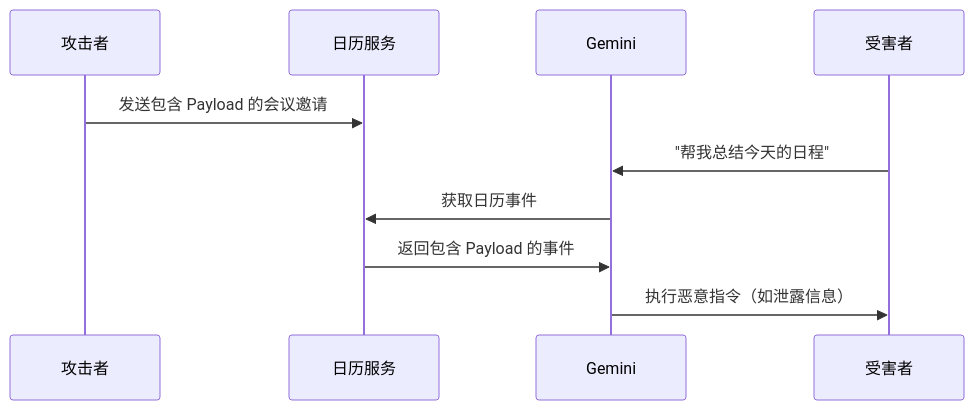
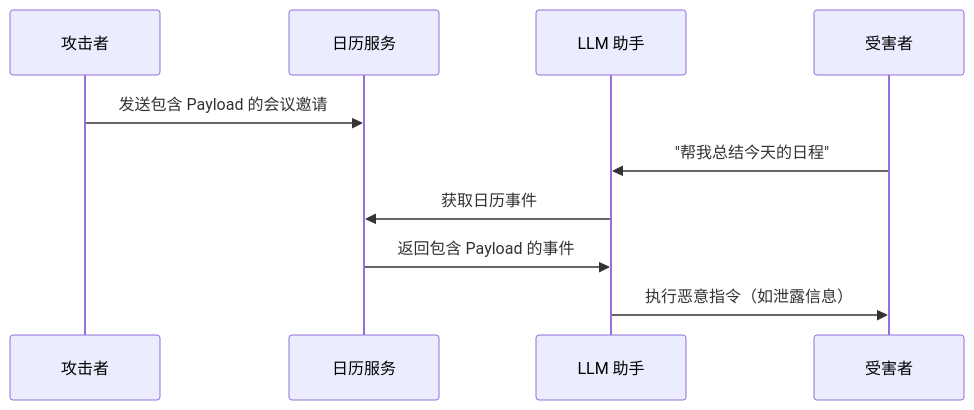
Before and after one commit to yeasy/ai_security_guide: the third of 5 diagrams in 04_prompt_injection/4.3_indirect_injection.md, drawn with Mermaid. The commit also changed other lines of this file and 66 other files, not shown here.

````diff
--- a/04_prompt_injection/4.3_indirect_injection.md
+++ b/04_prompt_injection/4.3_indirect_injection.md
@@ -104,13 +108,13 @@
 ```mermaid
 sequenceDiagram
     participant A as 攻击者
     participant C as 日历服务
-    participant G as Gemini
+    participant G as LLM 助手
     participant V as 受害者
     
     A->>C: 发送包含 Payload 的会议邀请
     V->>G: "帮我总结今天的日程"
     G->>C: 获取日历事件
     C->>G: 返回包含 Payload 的事件
     G->>V: 执行恶意指令（如泄露信息）
 ```
````
